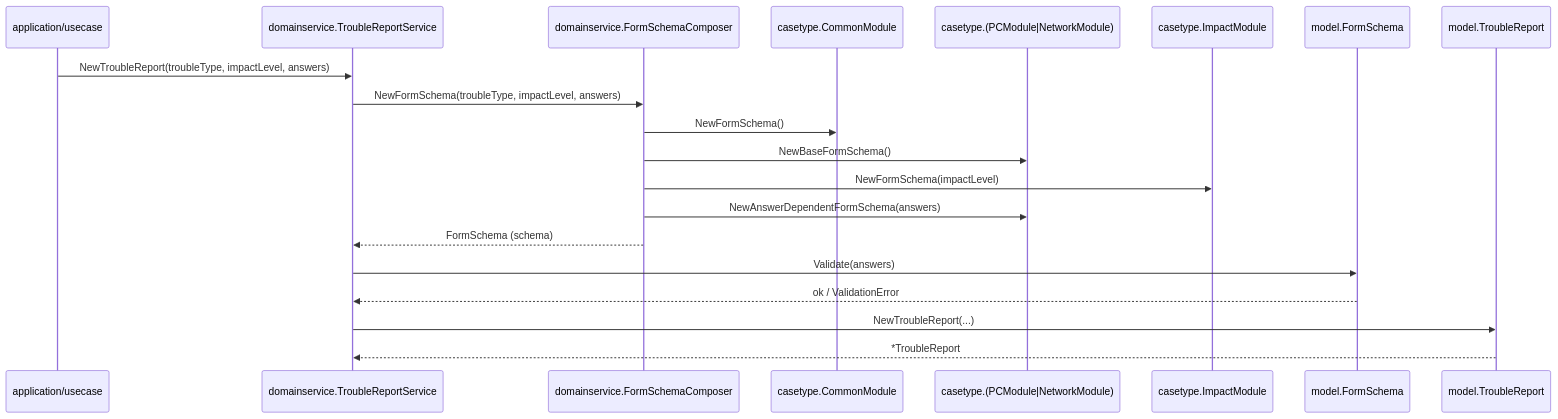
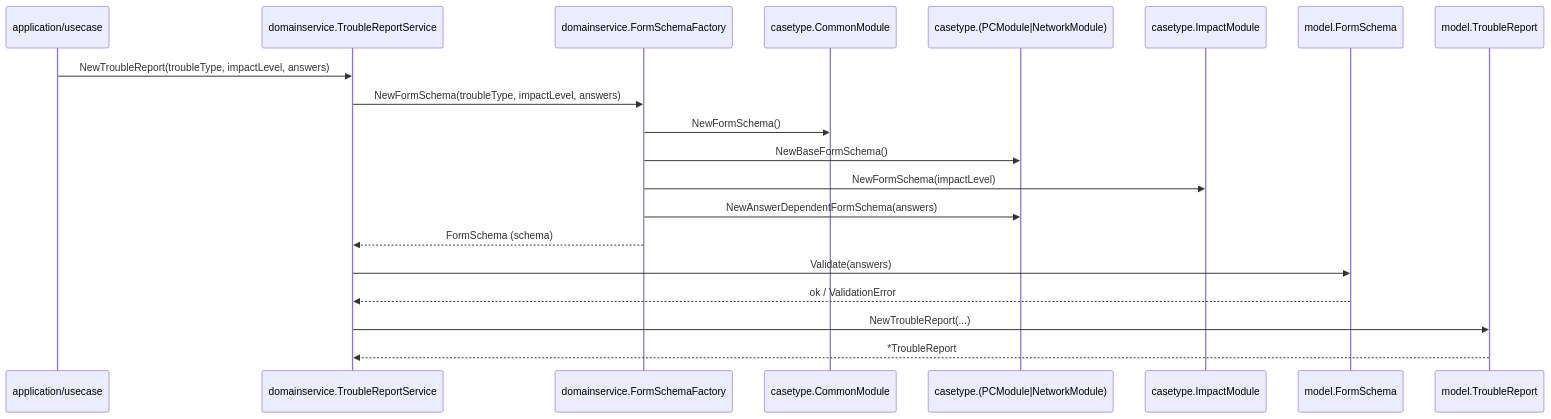
Before and after one commit to kouji0705/domain_service_study: the diagram in internal/domain/domainservice/trouble_report_service.md, drawn with Mermaid. The commit also changed other lines of this file and 8 other files, not shown here.

````diff
--- a/internal/domain/domainservice/trouble_report_service.md
+++ b/internal/domain/domainservice/trouble_report_service.md
@@ -13,25 +13,25 @@
 ```mermaid
 sequenceDiagram
     participant App as application/usecase
     participant Svc as domainservice.TroubleReportService
-    participant Comp as domainservice.FormSchemaComposer
+    participant Factory as domainservice.FormSchemaFactory
     participant Common as casetype.CommonModule
     participant Type as casetype.(PCModule|NetworkModule)
     participant Impact as casetype.ImpactModule
     participant Schema as model.FormSchema
     participant Report as model.TroubleReport
 
     App->>Svc: NewTroubleReport(troubleType, impactLevel, answers)
-    Svc->>Comp: NewFormSchema(troubleType, impactLevel, answers)
-    Comp->>Common: NewFormSchema()
-    Comp->>Type: NewBaseFormSchema()
-    Comp->>Impact: NewFormSchema(impactLevel)
-    Comp->>Type: NewAnswerDependentFormSchema(answers)
-    Comp-->>Svc: FormSchema (schema)
+    Svc->>Factory: NewFormSchema(troubleType, impactLevel, answers)
+    Factory->>Common: NewFormSchema()
+    Factory->>Type: NewBaseFormSchema()
+    Factory->>Impact: NewFormSchema(impactLevel)
+    Factory->>Type: NewAnswerDependentFormSchema(answers)
+    Factory-->>Svc: FormSchema (schema)
 
     Svc->>Schema: Validate(answers)
     Schema-->>Svc: ok / ValidationError
 
     Svc->>Report: NewTroubleReport(...)
     Report-->>Svc: *TroubleReport
 ```
````
